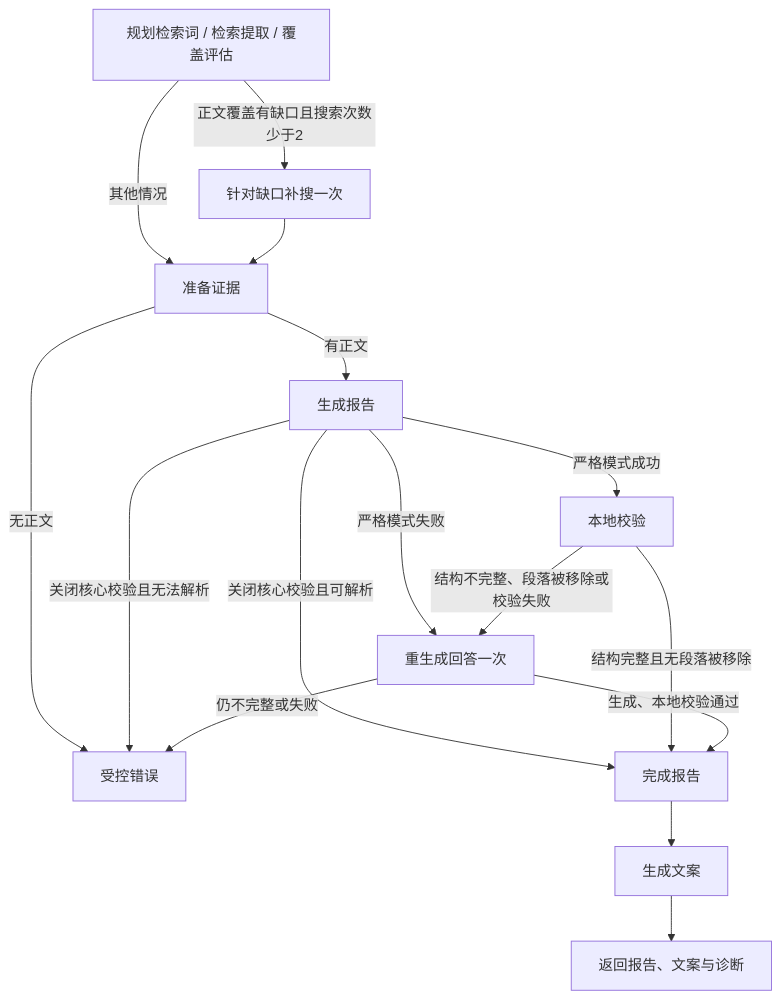
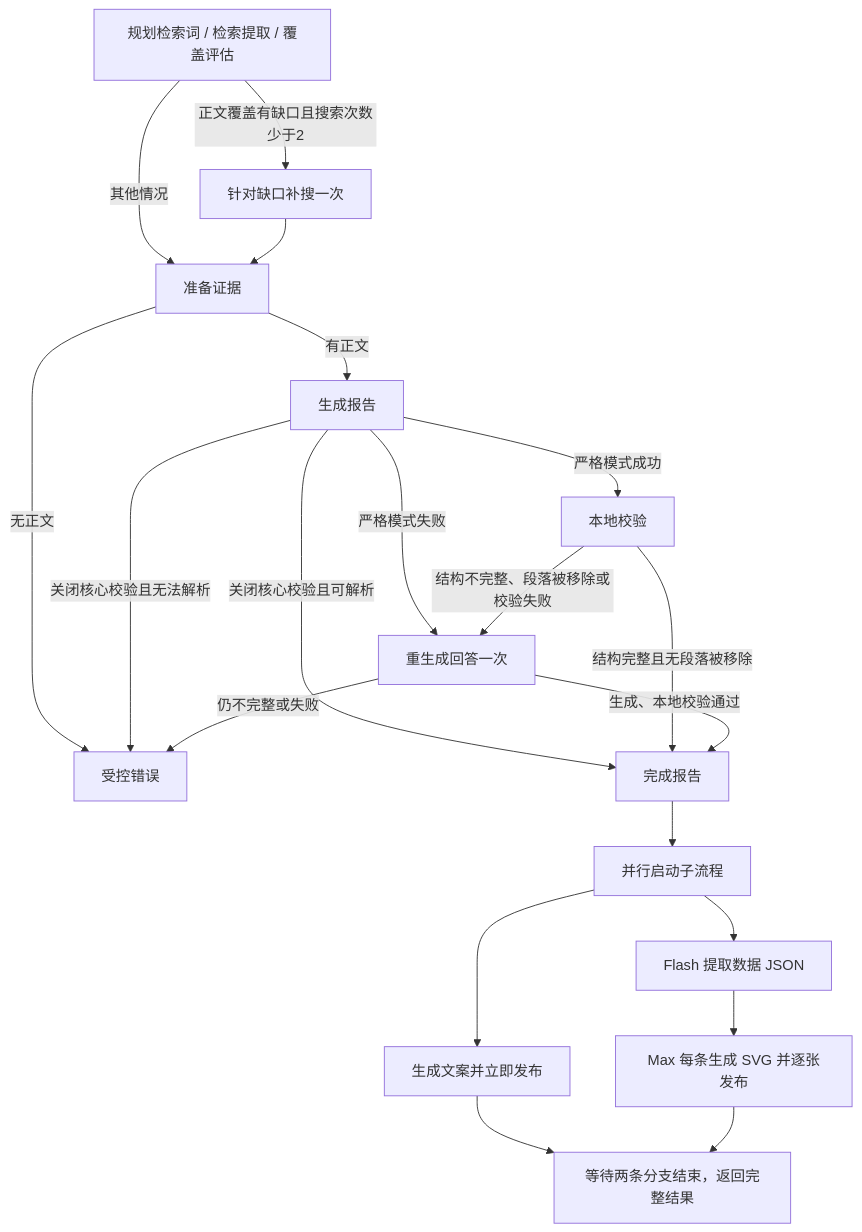
Before and after one commit to plustiti2022-cell/insight-to-post: the second of 2 diagrams in docs/architecture.md, drawn with Mermaid. The commit also changed other lines of this file and 26 other files, not shown here.

Commit message:
feat: automatically generate research data SVG posters alongside social copy

````diff
--- a/docs/architecture.md
+++ b/docs/architecture.md
@@ -60,18 +60,22 @@
 ```mermaid
 flowchart TD
   search[规划检索词 / 检索提取 / 覆盖评估] -->|正文覆盖有缺口且搜索次数少于2| supplement[针对缺口补搜一次]
   search -->|其他情况| evidence[准备证据]
   supplement --> evidence
   evidence -->|有正文| generate[生成报告]
   evidence -->|无正文| failure[受控错误]
   generate -->|关闭核心校验且可解析| complete[完成报告]
   generate -->|关闭核心校验且无法解析| failure
   generate -->|严格模式成功| validate[本地校验]
   generate -->|严格模式失败| recover[重生成回答一次]
   validate -->|结构完整且无段落被移除| complete
   validate -->|结构不完整、段落被移除或校验失败| recover
   recover -->|生成、本地校验通过| complete
   recover -->|仍不完整或失败| failure
-  complete --> social[生成文案]
-  social --> finish[返回报告、文案与诊断]
+  complete --> parallel[并行启动子流程]
+  parallel --> social[生成文案并立即发布]
+  parallel --> extractData[Flash 提取数据 JSON]
+  extractData --> posters[Max 每条生成 SVG 并逐张发布]
+  social --> finish[等待两条分支结束，返回完整结果]
+  posters --> finish
 ```
````
